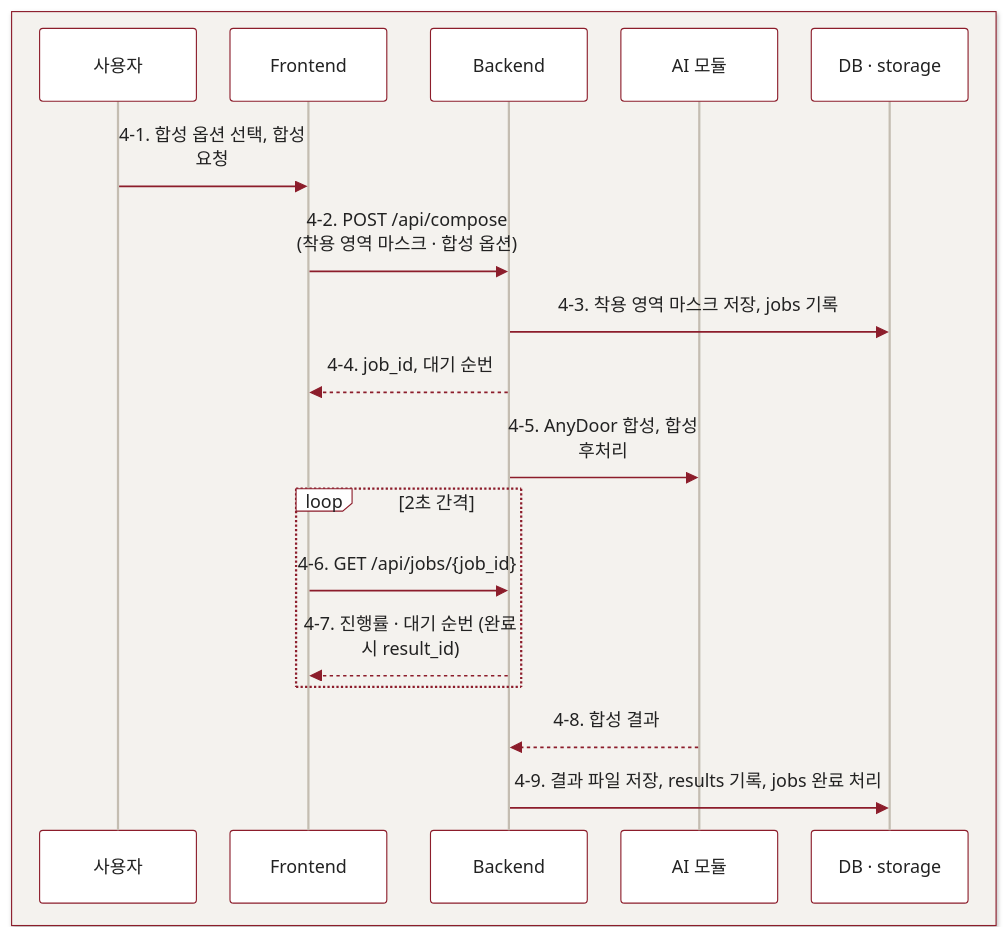
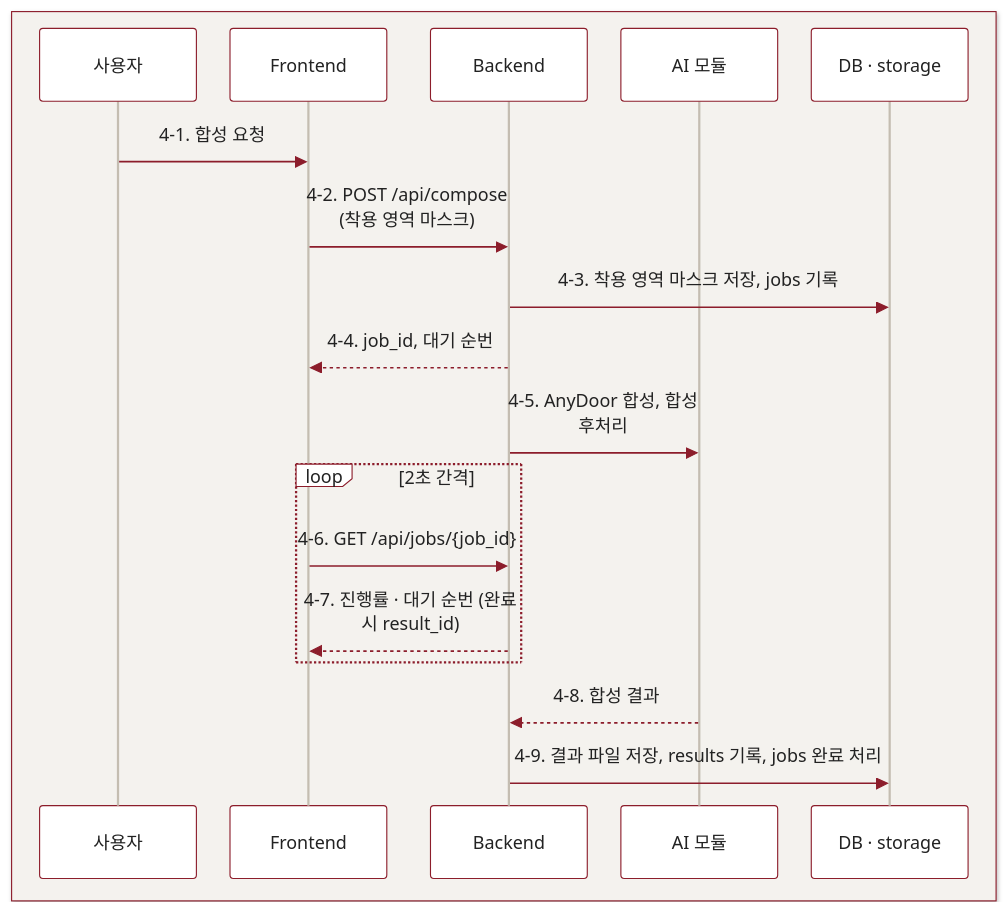
The seventh of 8 diagrams in README.md (Jenny5789/CGI_MOA), drawn with Mermaid before and after one commit. The commit also changed other lines of this file, not shown here.

Commit message:
docs: README 합성 흐름에서 합성 옵션 선택 단계 삭제
합성 설정을 서버 고정값으로 바꾸면서 화면에서 옵션을 고르는 단계가 없어졌다.
단계별 표, 합성 요청 순서도, 브라우저 저장 설정 표에 남아 있던 합성 옵션 선택·기본값 설명을 지운다.

````diff
--- a/README.md
+++ b/README.md
@@ -304,22 +304,22 @@
 ```mermaid
 %%{init: {'theme':'base','themeVariables':{'fontSize':'18px','primaryColor':'#ffffff','primaryBorderColor':'#8c1d2b','primaryTextColor':'#222222','textColor':'#222222','lineColor':'#8c1d2b','mainBkg':'#ffffff','nodeBorder':'#8c1d2b','secondaryColor':'#f4f2ee','tertiaryColor':'#f4f2ee','edgeLabelBackground':'#f4f2ee','actorBkg':'#ffffff','actorBorder':'#8c1d2b','actorTextColor':'#222222','actorLineColor':'#c4bdb1','signalColor':'#8c1d2b','signalTextColor':'#222222','labelBoxBkgColor':'#ffffff','labelBoxBorderColor':'#8c1d2b','labelTextColor':'#222222','loopTextColor':'#222222','noteBkgColor':'#ffffff','noteBorderColor':'#8c1d2b','noteTextColor':'#222222'},'sequence':{'actorMargin':30,'width':140,'wrap':true}}}%%
 sequenceDiagram
     box rgb(244,242,238)
         participant U as 사용자
         participant F as Frontend
         participant B as Backend
         participant A as AI 모듈
         participant S as DB · storage
     end
-    U->>F: 4-1. 합성 옵션 선택, 합성 요청
-    F->>B: 4-2. POST /api/compose (착용 영역 마스크 · 합성 옵션)
+    U->>F: 4-1. 합성 요청
+    F->>B: 4-2. POST /api/compose (착용 영역 마스크)
     B->>S: 4-3. 착용 영역 마스크 저장, jobs 기록
     B-->>F: 4-4. job_id, 대기 순번
     B->>A: 4-5. AnyDoor 합성, 합성 후처리
     loop 2초 간격
         F->>B: 4-6. GET /api/jobs/{job_id}
         B-->>F: 4-7. 진행률 · 대기 순번 (완료 시 result_id)
     end
     A-->>B: 4-8. 합성 결과
     B->>S: 4-9. 결과 파일 저장, results 기록, jobs 완료 처리
 ```
````
